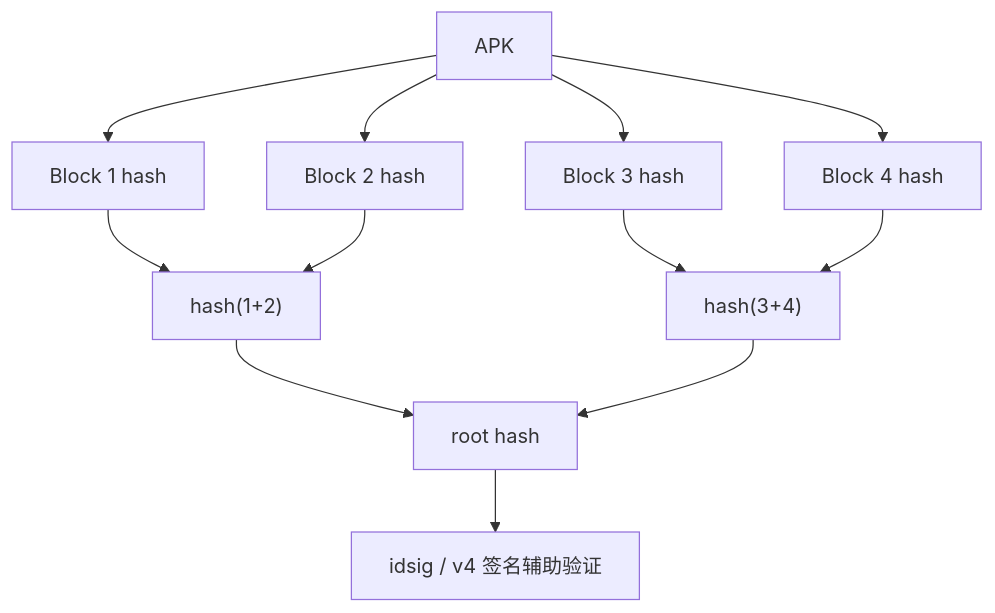
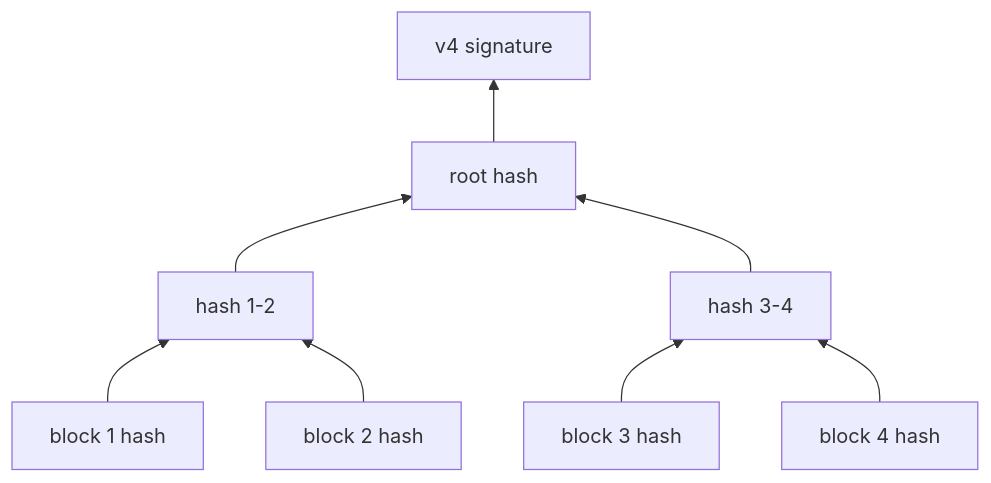
The sixth of 11 diagrams in android插件相关/签名详解.md (junyingzhao001/StudyNotes), drawn with Mermaid before and after one commit. The commit also changed other lines of this file and 3 other files, not shown here.

````diff
--- a/android插件相关/签名详解.md
+++ b/android插件相关/签名详解.md
@@ -548,14 +533,10 @@
 ```mermaid
-flowchart TB
-  APK["APK"] --> B1["Block 1 hash"]
-  APK --> B2["Block 2 hash"]
-  APK --> B3["Block 3 hash"]
-  APK --> B4["Block 4 hash"]
-  B1 --> H12["hash(1+2)"]
-  B2 --> H12
-  B3 --> H34["hash(3+4)"]
-  B4 --> H34
-  H12 --> Root["root hash"]
-  H34 --> Root
-  Root --> IDsig["idsig / v4 签名辅助验证"]
+flowchart BT
+    A1["block 1 hash"] --> B1["hash 1-2"]
+    A2["block 2 hash"] --> B1
+    A3["block 3 hash"] --> B2["hash 3-4"]
+    A4["block 4 hash"] --> B2
+    B1 --> C["root hash"]
+    B2 --> C
+    C --> D["v4 signature"]
 ```
````
